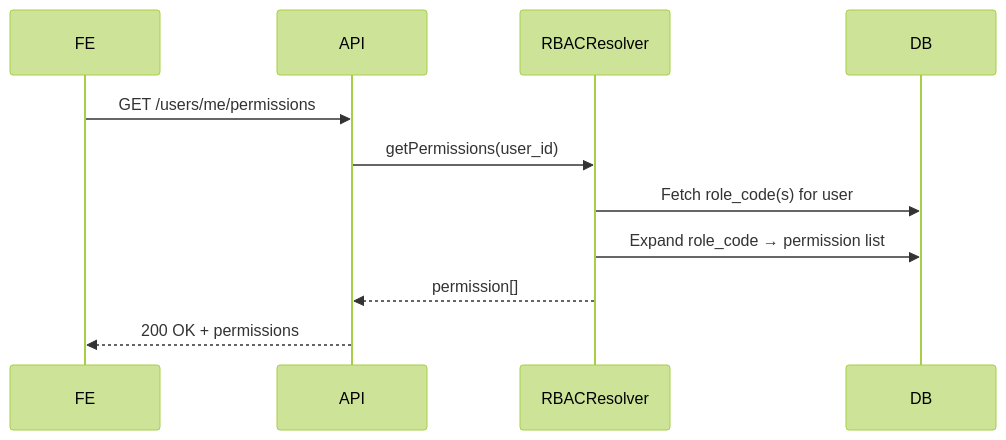
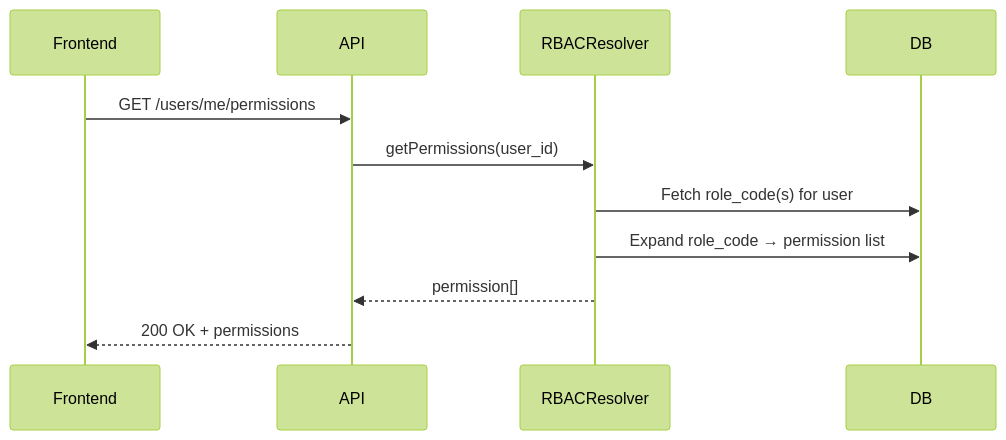
Before and after one commit to rockymountain/dx-vas: the second of 2 diagrams in docs/services/user-service/sub/design.md, drawn with Mermaid (forest theme).

Commit message:
update diagram

````diff
--- a/docs/services/user-service/sub/design.md
+++ b/docs/services/user-service/sub/design.md
@@ -141,14 +141,14 @@
 ```mermaid
 sequenceDiagram
-  participant FE
+  participant Frontend
   participant API
   participant RBACResolver
   participant DB
 
-  FE->>API: GET /users/me/permissions
+  Frontend->>API: GET /users/me/permissions
   API->>RBACResolver: getPermissions(user_id)
   RBACResolver->>DB: Fetch role_code(s) for user
   RBACResolver->>DB: Expand role_code → permission list
   RBACResolver-->>API: permission[]
-  API-->>FE: 200 OK + permissions
+  API-->>Frontend: 200 OK + permissions
 ```
````
